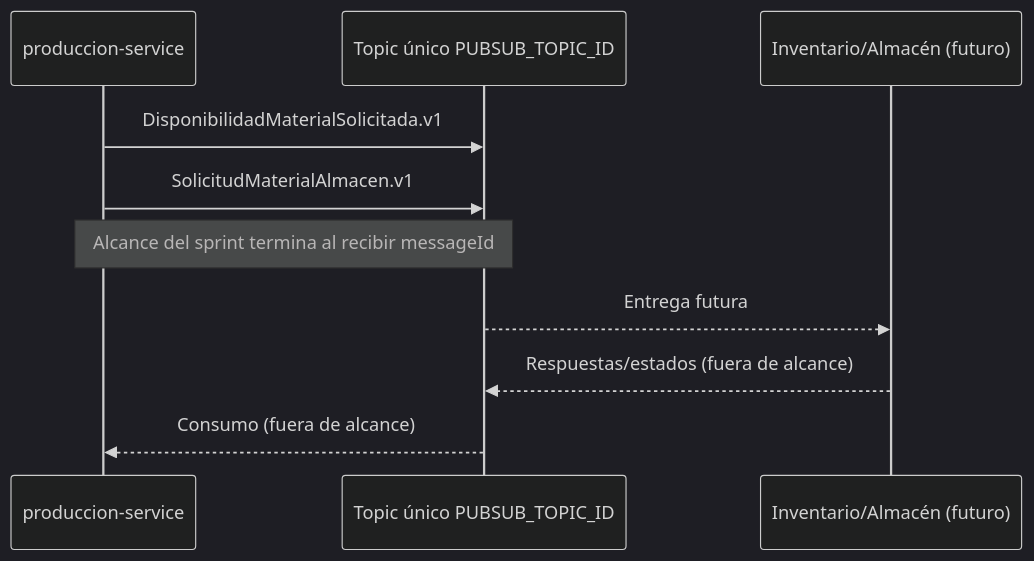
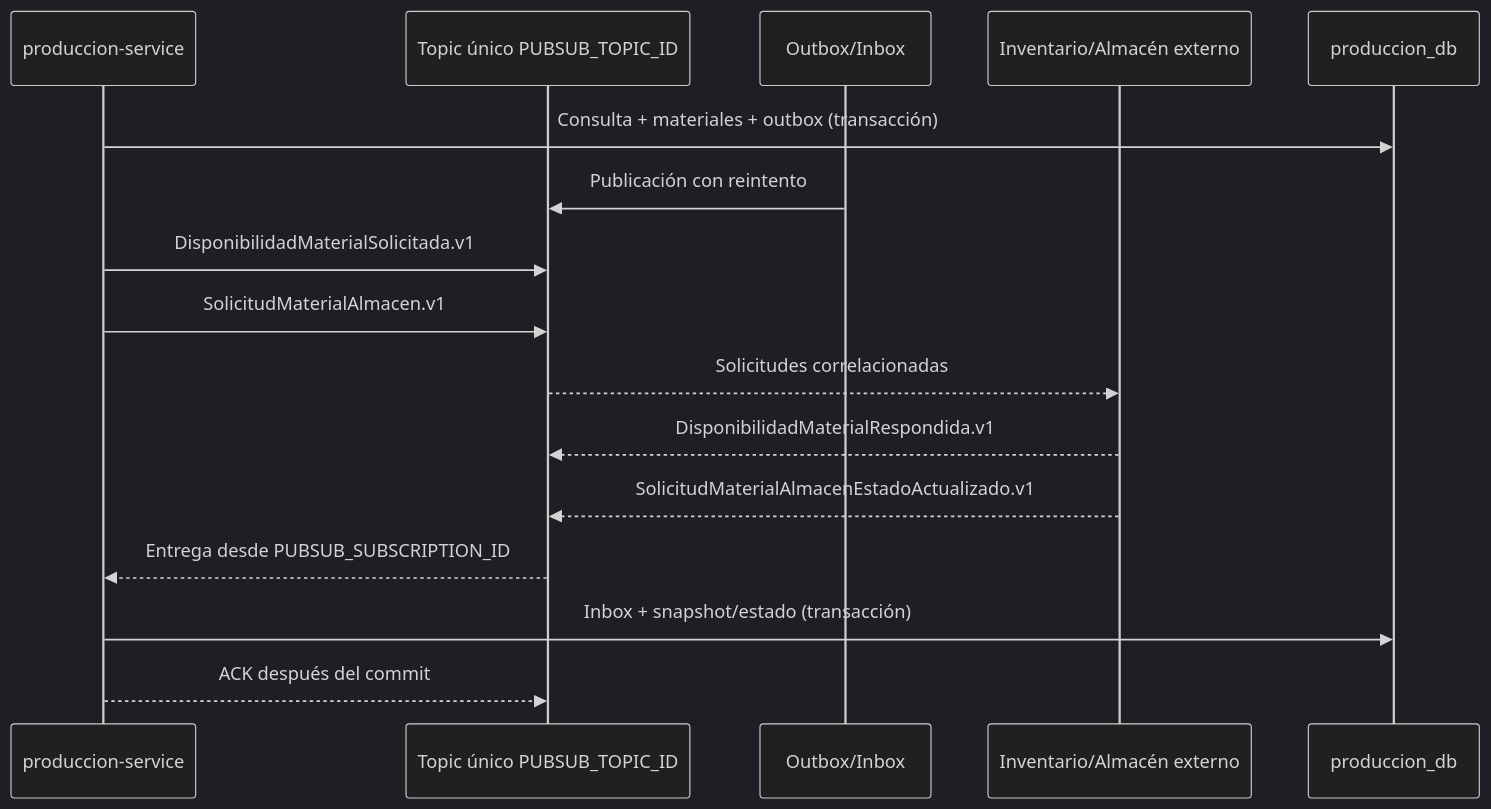
Before and after one commit to ssmendieta/taller_sis: the diagram in docs/diagramas/inventario-almacen-v1.md, drawn with Mermaid (dark theme). The commit also changed 24 other files, not shown here.

````diff
--- a/docs/diagramas/inventario-almacen-v1.md
+++ b/docs/diagramas/inventario-almacen-v1.md
@@ -3,12 +3,18 @@
 ```mermaid
 sequenceDiagram
     participant P as produccion-service
     participant T as Topic único PUBSUB_TOPIC_ID
-    participant I as Inventario/Almacén (futuro)
+    participant O as Outbox/Inbox
+    participant I as Inventario/Almacén externo
+    participant D as produccion_db
+    P->>D: Consulta + materiales + outbox (transacción)
+    O->>T: Publicación con reintento
     P->>T: DisponibilidadMaterialSolicitada.v1
     P->>T: SolicitudMaterialAlmacen.v1
-    Note over P,T: Alcance del sprint termina al recibir messageId
-    T-->>I: Entrega futura
-    I-->>T: Respuestas/estados (fuera de alcance)
-    T-->>P: Consumo (fuera de alcance)
+    T-->>I: Solicitudes correlacionadas
+    I-->>T: DisponibilidadMaterialRespondida.v1
+    I-->>T: SolicitudMaterialAlmacenEstadoActualizado.v1
+    T-->>P: Entrega desde PUBSUB_SUBSCRIPTION_ID
+    P->>D: Inbox + snapshot/estado (transacción)
+    P-->>T: ACK después del commit
 ```
````
